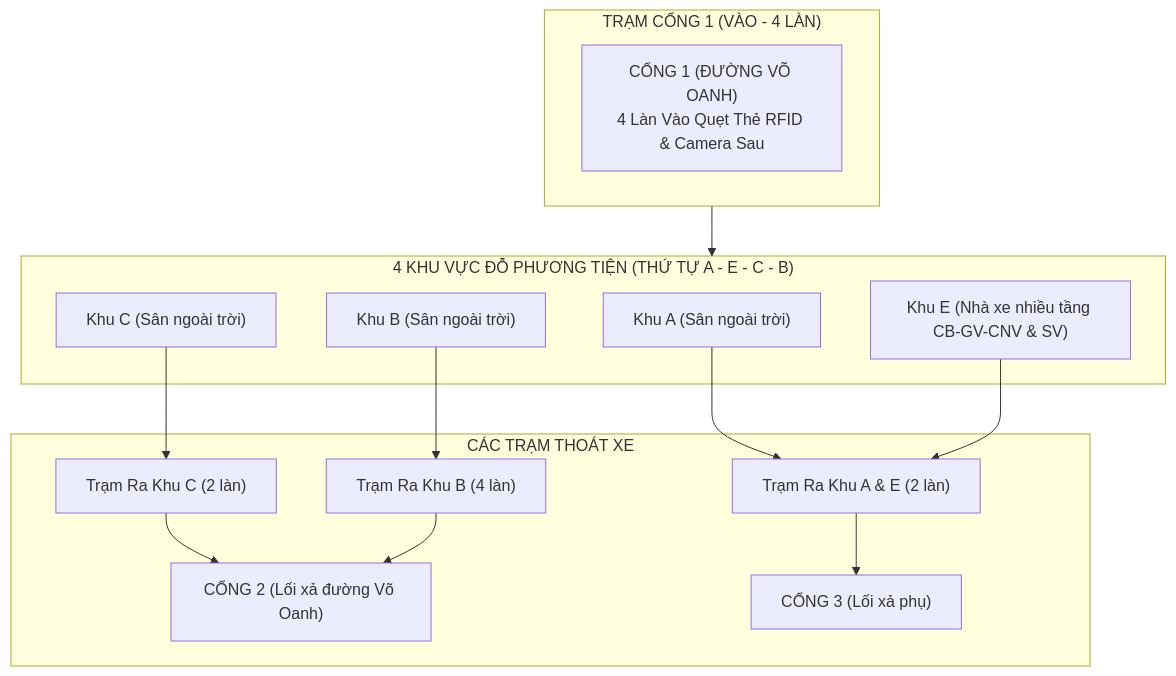
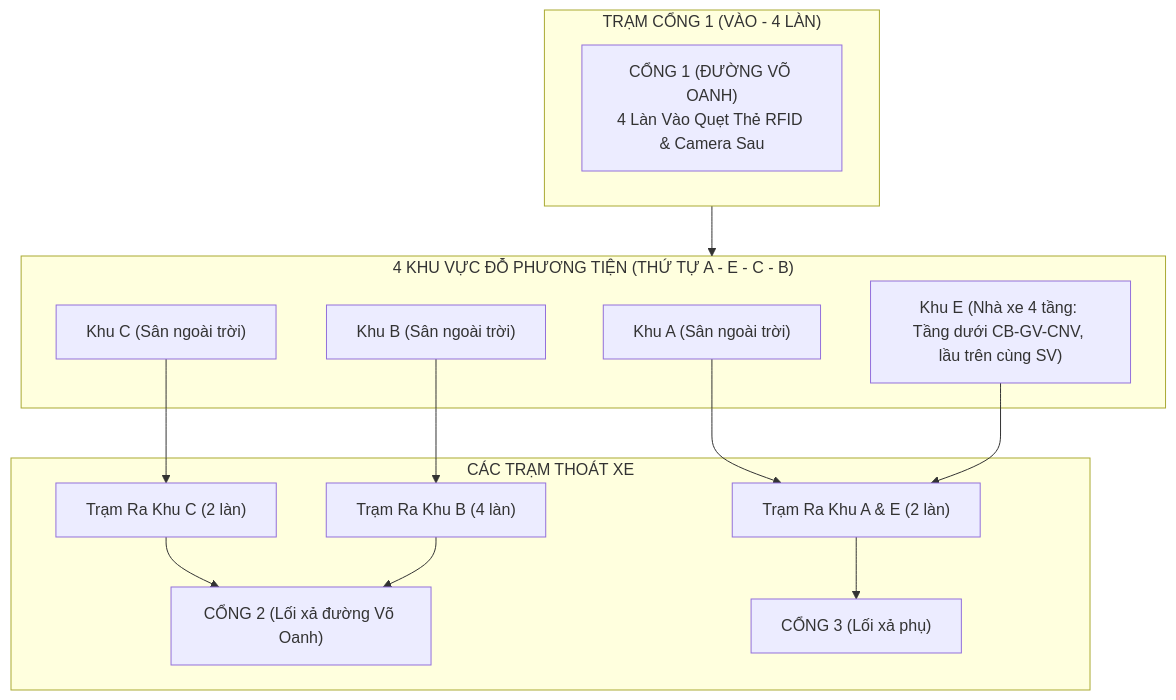
The diagram in docs/SRS_SO_BO_SMART_PARKING_UTH_SE.md (qhuynguyen0812-cyber/DATTCNPM-Smart-Parking), drawn with Mermaid before and after one commit. The commit also changed other lines of this file and 4 other files, not shown here.

````diff
--- a/docs/SRS_SO_BO_SMART_PARKING_UTH_SE.md
+++ b/docs/SRS_SO_BO_SMART_PARKING_UTH_SE.md
@@ -40,25 +40,25 @@
 ```mermaid
 flowchart TD
     subgraph EntranceGate["TRẠM CỔNG 1 (VÀO - 4 LÀN)"]
         G1["CỔNG 1 (ĐƯỜNG VÕ OANH)<br>4 Làn Vào Quẹt Thẻ RFID & Camera Sau"]
     end
 
     subgraph CampusZones["4 KHU VỰC ĐỖ PHƯƠNG TIỆN (THỨ TỰ A - E - C - B)"]
         ZA["Khu A (Sân ngoài trời)"]
-        ZE["Khu E (Nhà xe nhiều tầng CB-GV-CNV & SV)"]
+        ZE["Khu E (Nhà xe 4 tầng: Tầng dưới CB-GV-CNV, lầu trên cùng SV)"]
         ZC["Khu C (Sân ngoài trời)"]
         ZB["Khu B (Sân ngoài trời)"]
     end
 
     subgraph ExitStations["CÁC TRẠM THOÁT XE"]
         TC["Trạm Ra Khu C (2 làn)"] --> Gate2["CỔNG 2 (Lối xả đường Võ Oanh)"]
         TB["Trạm Ra Khu B (4 làn)"] --> Gate2
         TAE["Trạm Ra Khu A & E (2 làn)"] --> Gate3["CỔNG 3 (Lối xả phụ)"]
     end
 
     EntranceGate --> CampusZones
     ZA --> TAE
     ZE --> TAE
     ZC --> TC
     ZB --> TB
 ```
````
